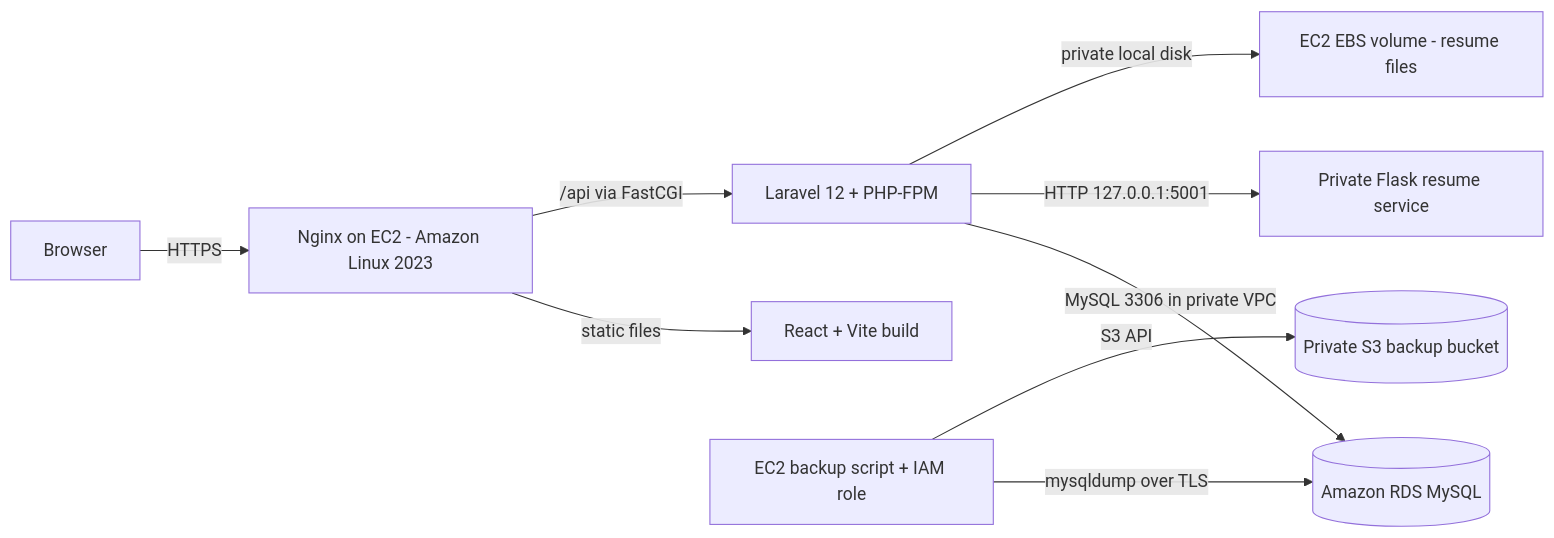
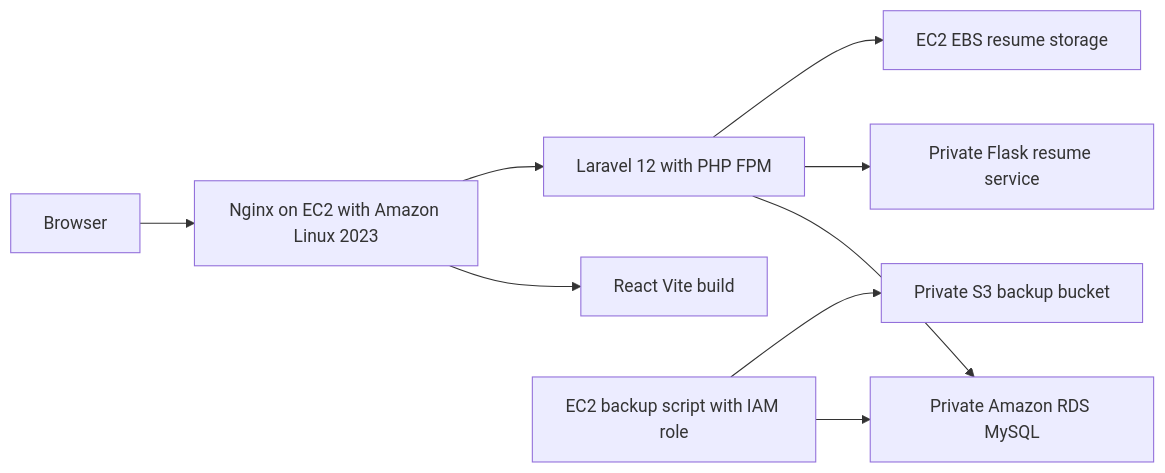
One commit to monishacd/AWS-based-applicant-tracking-system changed the first of 4 diagrams in README.md. Above: the diagram before and after it, drawn with Mermaid. The commit also changed other lines of this file, not shown here.

````diff
--- a/README.md
+++ b/README.md
@@ -208,11 +208,11 @@
 ```mermaid
-flowchart LR
-    Browser[Browser] -->|HTTPS| Nginx[Nginx on EC2 - Amazon Linux 2023]
-    Nginx -->|static files| React[React + Vite build]
-    Nginx -->|/api via FastCGI| Laravel[Laravel 12 + PHP-FPM]
-    Laravel -->|MySQL 3306 in private VPC| RDS[(Amazon RDS MySQL)]
-    Laravel -->|HTTP 127.0.0.1:5001| Flask[Private Flask resume service]
-    Laravel -->|private local disk| EBS[EC2 EBS volume - resume files]
-    Backup[EC2 backup script + IAM role] -->|mysqldump over TLS| RDS
-    Backup -->|S3 API| S3[(Private S3 backup bucket)]
+graph LR
+    Browser[Browser] --> Nginx[Nginx on EC2 with Amazon Linux 2023]
+    Nginx --> React[React Vite build]
+    Nginx --> Laravel[Laravel 12 with PHP FPM]
+    Laravel --> RDS[Private Amazon RDS MySQL]
+    Laravel --> Flask[Private Flask resume service]
+    Laravel --> EBS[EC2 EBS resume storage]
+    Backup[EC2 backup script with IAM role] --> RDS
+    Backup --> S3[Private S3 backup bucket]
 ```
````
